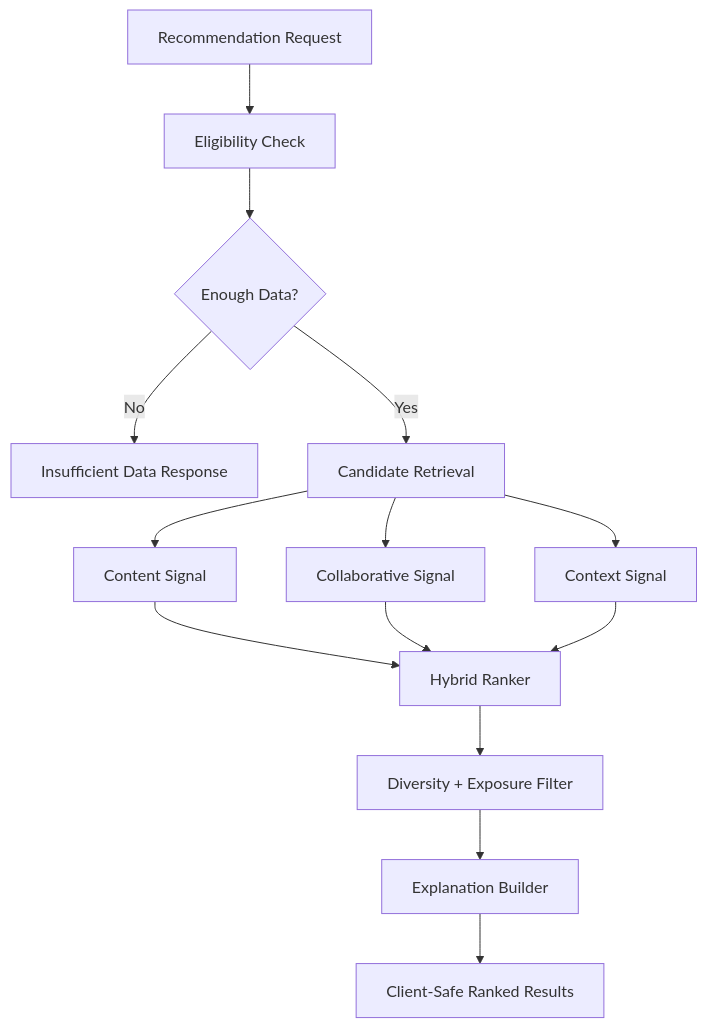
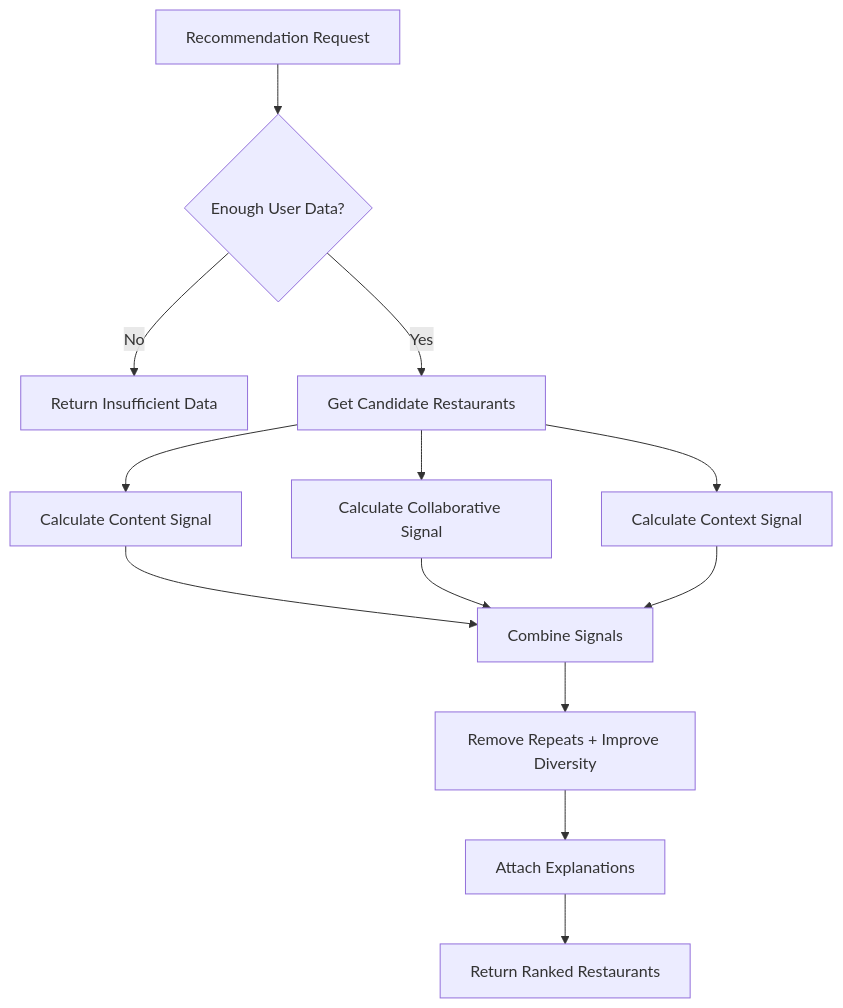
One commit to juneharold/cs350-snapplate changed the third of 3 diagrams in juneha-algorithm.md. Above: the diagram before and after it, drawn with Mermaid. The commit also changed other lines of this file, not shown here.

````diff
--- a/juneha-algorithm.md
+++ b/juneha-algorithm.md
@@ -98,16 +146,15 @@
 ```mermaid
 flowchart TD
-    A[Recommendation Request] --> B[Eligibility Check]
-    B --> C{Enough Data?}
-    C -- No --> D[Insufficient Data Response]
-    C -- Yes --> E[Candidate Retrieval]
-    E --> F[Content Signal]
-    E --> G[Collaborative Signal]
-    E --> H[Context Signal]
-    F --> I[Hybrid Ranker]
-    G --> I
-    H --> I
-    I --> J[Diversity + Exposure Filter]
-    J --> K[Explanation Builder]
-    K --> L[Client-Safe Ranked Results]
+    A[Recommendation Request] --> B{Enough User Data?}
+    B -- No --> C[Return Insufficient Data]
+    B -- Yes --> D[Get Candidate Restaurants]
+    D --> E[Calculate Content Signal]
+    D --> F[Calculate Collaborative Signal]
+    D --> G[Calculate Context Signal]
+    E --> H[Combine Signals]
+    F --> H
+    G --> H
+    H --> I[Remove Repeats + Improve Diversity]
+    I --> J[Attach Explanations]
+    J --> K[Return Ranked Restaurants]
 ```
````
